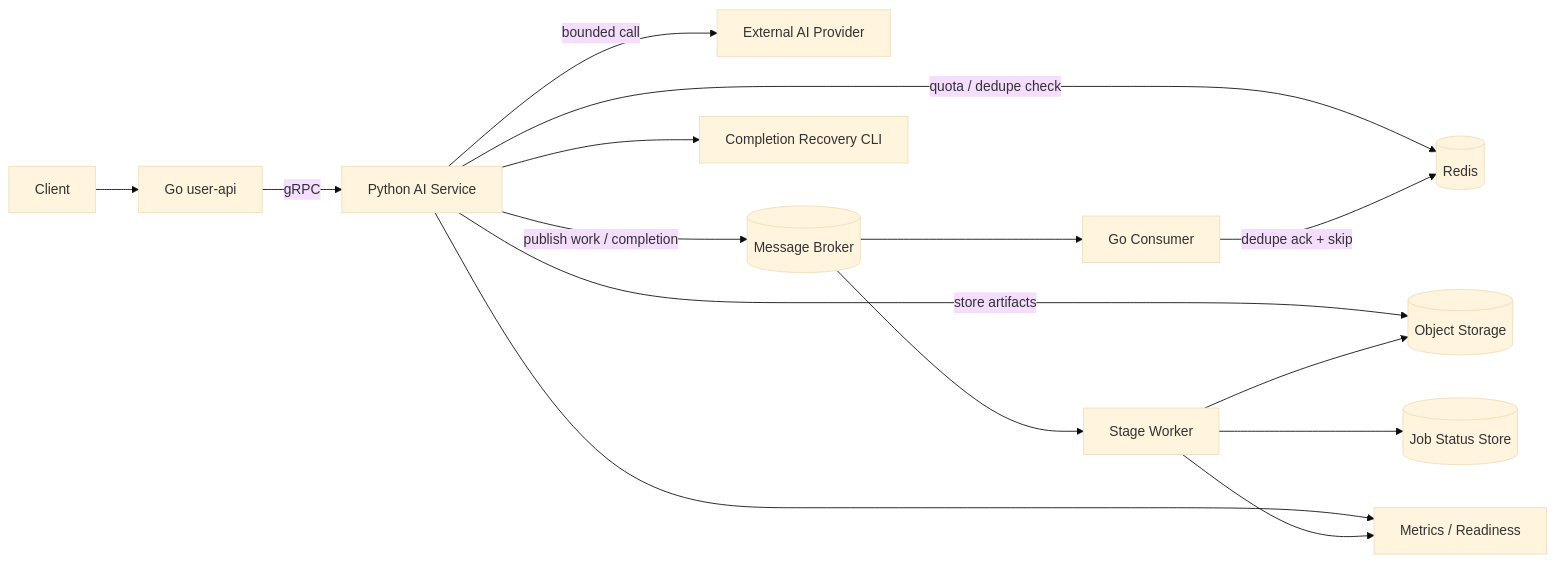
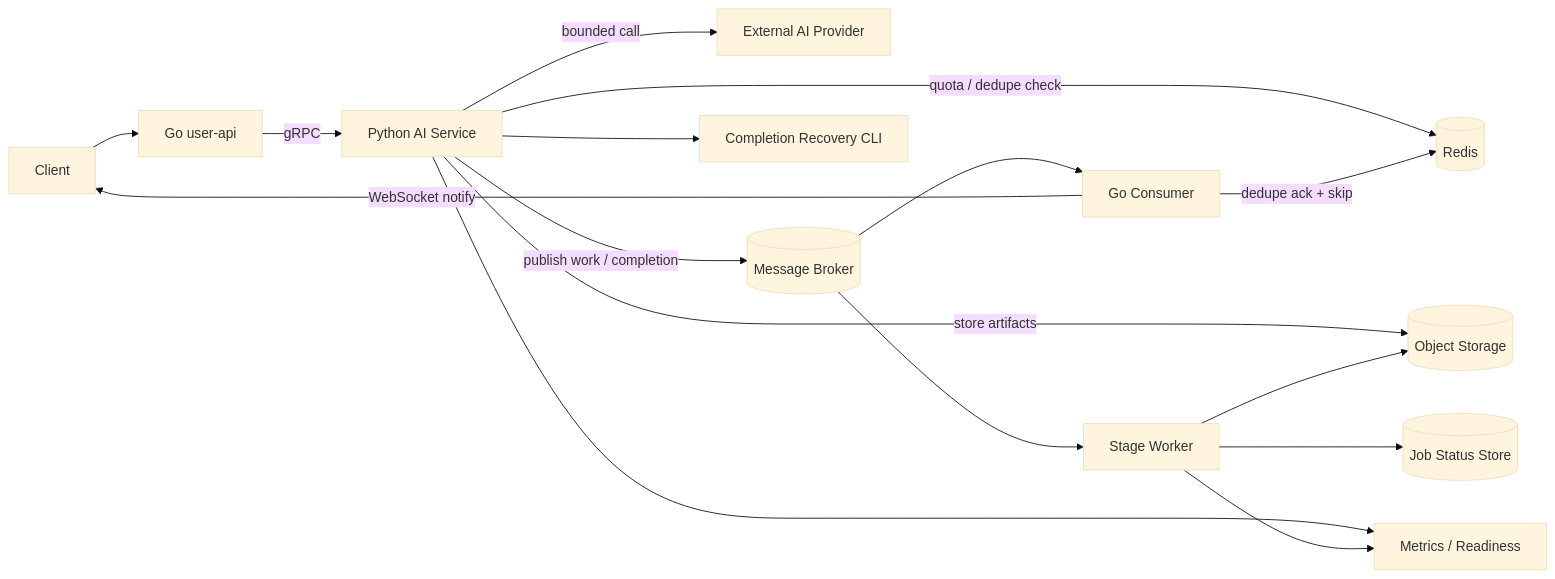
The fourth of 6 diagrams in README.md (bang9ming9/bang9ming9), drawn with Mermaid (base theme) before and after one commit. The commit also changed other lines of this file and 1 other file, not shown here.

````diff
--- a/README.md
+++ b/README.md
@@ -163,17 +163,18 @@
 ```mermaid
 flowchart LR
     Client[Client] --> GoAPI[Go user-api]
     GoAPI -->|gRPC| API[Python AI Service]
     API -->|quota / dedupe check| Redis[(Redis)]
     API -->|bounded call| Provider[External AI Provider]
     API -->|store artifacts| Storage[(Object Storage)]
     API -->|publish work / completion| Broker[(Message Broker)]
     Broker --> Worker[Stage Worker]
     Broker --> GoConsumer[Go Consumer]
     GoConsumer -->|dedupe ack + skip| Redis
+    GoConsumer -->|WebSocket notify| Client
     Worker --> Status[(Job Status Store)]
     Worker --> Storage
     API --> Recovery[Completion Recovery CLI]
     API --> Obs[Metrics / Readiness]
     Worker --> Obs
 ```
````
